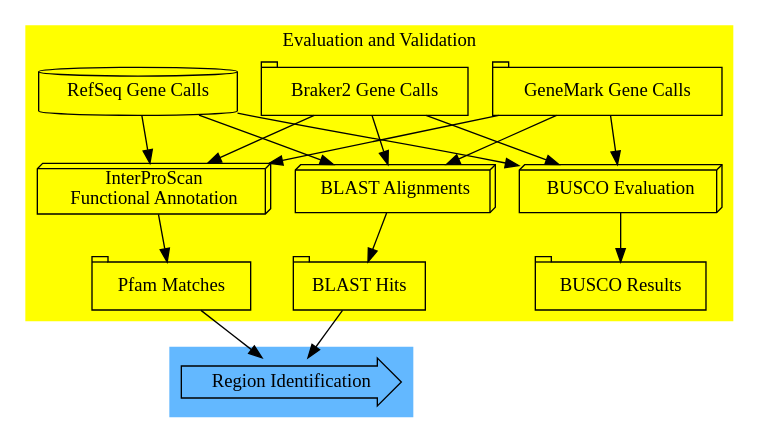
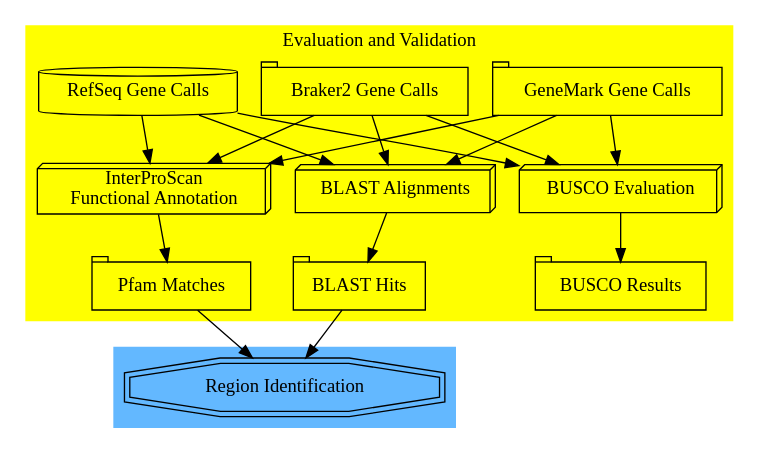
The diagram in working-thesis/figures/eval-met.dot (cbe453/masters), drawn with Graphviz before and after one commit. The commit also changed 15 other files, not shown here.

```diff
--- a/working-thesis/figures/eval-met.dot
+++ b/working-thesis/figures/eval-met.dot
@@ -1,38 +1,38 @@
 digraph G {
 
 	subgraph cluster_0 {
 		 style = filled;
 		 color = yellow;
 		 label = "Evaluation and Validation"
 		 "RefSeq Gene Calls" [shape = cylinder];
 		 "GeneMark Gene Calls" [shape = tab];
 		 "Braker2 Gene Calls" [shape = tab];
 		 "InterProScan\nFunctional Annotation" [shape = box3d];
 		 "GeneMark Gene Calls" -> "InterProScan\nFunctional Annotation";
 		 "RefSeq Gene Calls" -> "InterProScan\nFunctional Annotation";
 		 "Braker2 Gene Calls" -> "InterProScan\nFunctional Annotation";
 		 "Pfam Matches" [shape = tab];
 		 "InterProScan\nFunctional Annotation" -> "Pfam Matches";
 		 "BLAST Alignments" [shape = box3d];
 		 "GeneMark Gene Calls" -> "BLAST Alignments";
 		 "RefSeq Gene Calls" -> "BLAST Alignments";
 		 "Braker2 Gene Calls" -> "BLAST Alignments";
 		 "BLAST Hits" [shape = tab];
 		 "BLAST Alignments" -> "BLAST Hits";
 		 "BUSCO Evaluation" [shape = box3d];
 		 "GeneMark Gene Calls" -> "BUSCO Evaluation";
                  "RefSeq Gene Calls" -> "BUSCO Evaluation";
                  "Braker2 Gene Calls" -> "BUSCO Evaluation";
 		 "BUSCO Results" [shape = tab];
 		 "BUSCO Evaluation" -> "BUSCO Results";
 	}
 
 	subgraph cluster_1 {
 		 style = filled;
 		 color = steelblue1;
-		 "Region Identification" [shape = rarrow];
+		 "Region Identification" [shape = doubleoctagon];
 	}
 
 	"BLAST Hits" -> "Region Identification";
 	"Pfam Matches" -> "Region Identification";
 }
```
